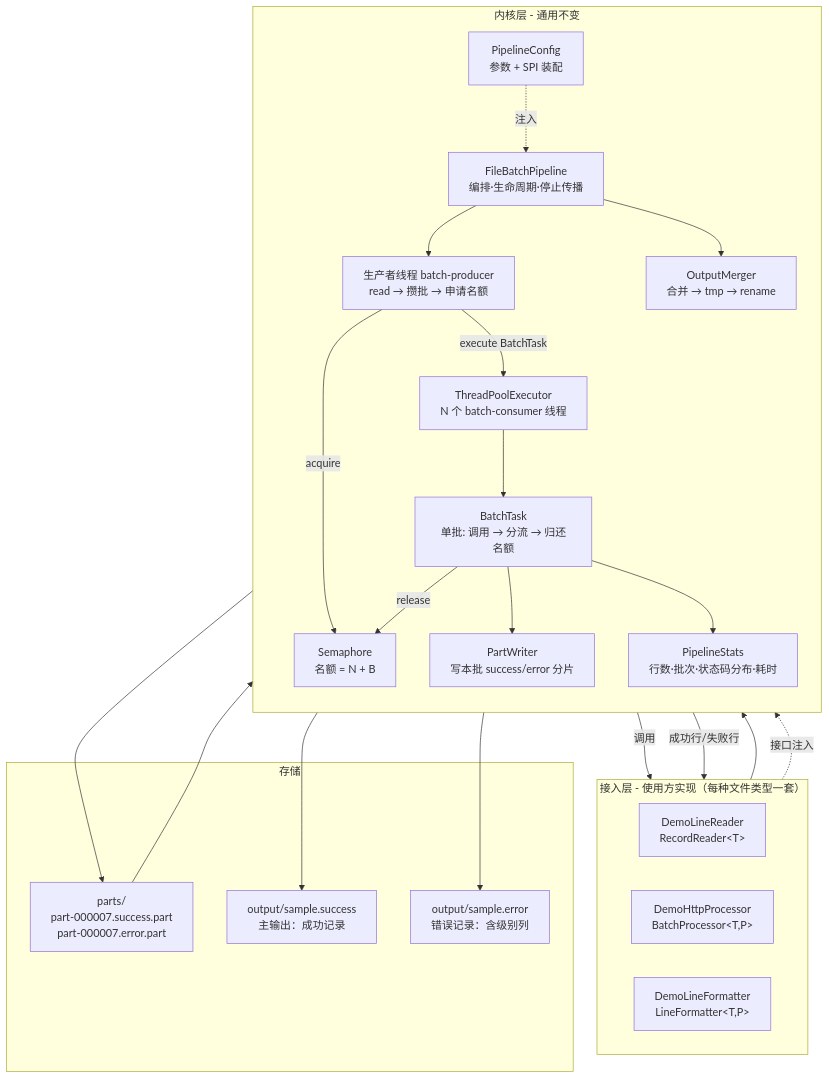
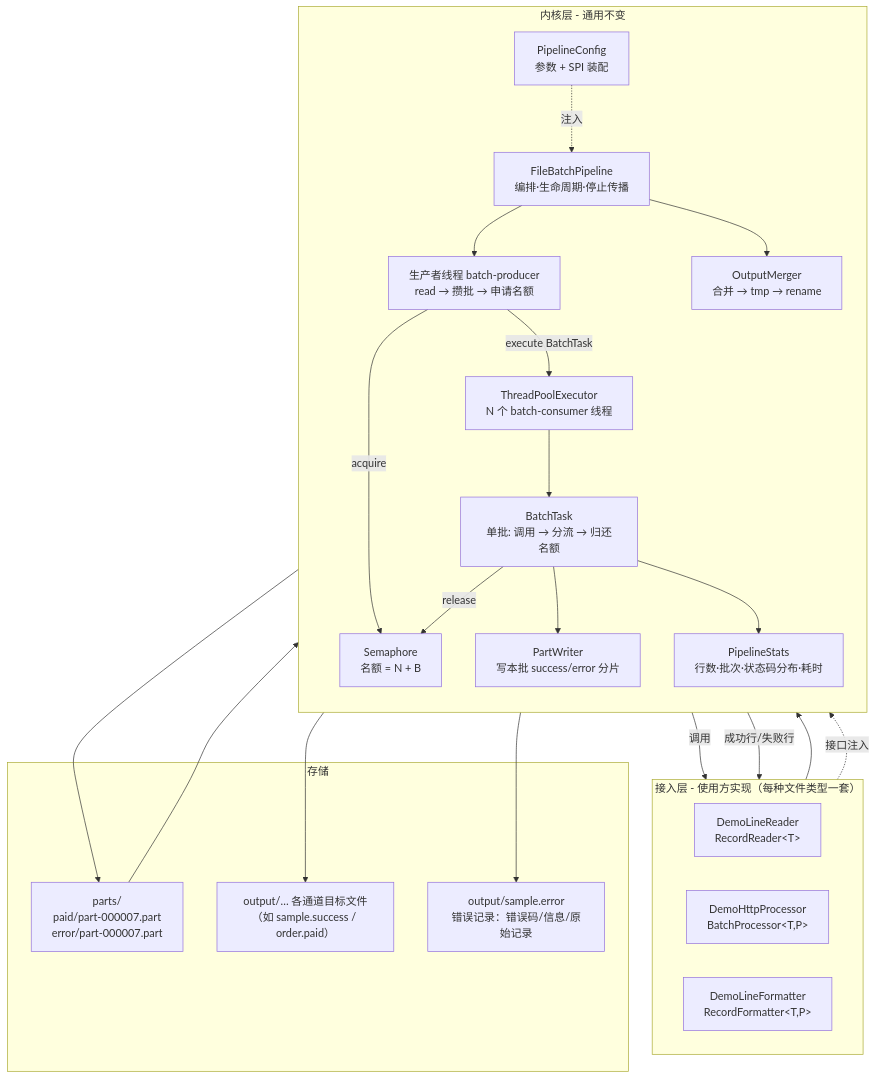
The first of 12 diagrams in DESIGN.md (owengoodluck/java-batch-pipeline), drawn with Mermaid before and after one commit. The commit also changed other lines of this file and 21 other files, not shown here.

````diff
--- a/DESIGN.md
+++ b/DESIGN.md
@@ -140,46 +140,46 @@
 ```mermaid
 flowchart TB
     subgraph APP["接入层 - 使用方实现（每种文件类型一套）"]
         direction LR
         RD["DemoLineReader<br/>RecordReader&lt;T&gt;"]
         PR["DemoHttpProcessor<br/>BatchProcessor&lt;T,P&gt;"]
-        FM["DemoLineFormatter<br/>LineFormatter&lt;T,P&gt;"]
+        FM["DemoLineFormatter<br/>RecordFormatter&lt;T,P&gt;"]
     end
 
     subgraph CORE["内核层 - 通用不变"]
         direction TB
         PIPE["FileBatchPipeline<br/>编排·生命周期·停止传播"]
         PROD["生产者线程 batch-producer<br/>read → 攒批 → 申请名额"]
         SEM["Semaphore<br/>名额 = N + B"]
         POOL["ThreadPoolExecutor<br/>N 个 batch-consumer 线程"]
         TASK["BatchTask<br/>单批: 调用 → 分流 → 归还名额"]
         PW["PartWriter<br/>写本批 success/error 分片"]
         MG["OutputMerger<br/>合并 → tmp → rename"]
         ST["PipelineStats<br/>行数·批次·状态码分布·耗时"]
         CFG["PipelineConfig<br/>参数 + SPI 装配"]
     end
 
     subgraph FS["存储"]
-        PART["parts/<br/>part-000007.success.part<br/>part-000007.error.part"]
-        SUC["output/sample.success<br/>主输出：成功记录"]
-        ERR["output/sample.error<br/>错误记录：含级别列"]
+        PART["parts/<br/>paid/part-000007.part<br/>error/part-000007.part"]
+        SUC["output/… 各通道目标文件<br/>（如 sample.success / order.paid）"]
+        ERR["output/sample.error<br/>错误记录：错误码/信息/原始记录"]
     end
 
     RD --> PROD
     PROD -->|"acquire"| SEM
     PROD -->|"execute BatchTask"| POOL
     POOL --> TASK
     TASK -->|"调用"| PR
     TASK -->|"成功行/失败行"| FM
     TASK --> PW
     PW --> PART
     TASK -->|"release"| SEM
     PIPE --> PROD
     PIPE --> MG
     PART --> MG
     MG --> SUC
     MG --> ERR
     TASK --> ST
     CFG -.->|注入| PIPE
     APP -.->|接口注入| CORE
 ```
````
